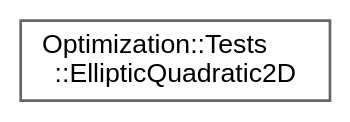
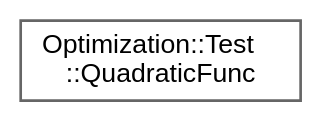
Before and after one commit to jswoo0615/Algorithms_for_Optimization_cpp: the diagram in inherit_graph_54.dot, drawn with Graphviz. The commit also changed 121 other files, not shown here.

```diff
--- a/inherit_graph_54.dot
+++ b/inherit_graph_54.dot
@@ -1,9 +1,9 @@
 digraph "Graphical Class Hierarchy"
 {
  // LATEX_PDF_SIZE
   bgcolor="transparent";
   edge [fontname=Helvetica,fontsize=10,labelfontname=Helvetica,labelfontsize=10];
   node [fontname=Helvetica,fontsize=10,shape=box,height=0.2,width=0.4];
   rankdir="LR";
-  Node0 [id="Node000000",label="Optimization::Tests\l::EllipticQuadratic2D",height=0.2,width=0.4,color="grey40", fillcolor="white", style="filled",URL="$structOptimization_1_1Tests_1_1EllipticQuadratic2D.html",tooltip=" "];
+  Node0 [id="Node000000",label="Optimization::Test\l::QuadraticFunc",height=0.2,width=0.4,color="grey40", fillcolor="white", style="filled",URL="$structOptimization_1_1Test_1_1QuadraticFunc.html",tooltip=" "];
 }
```
